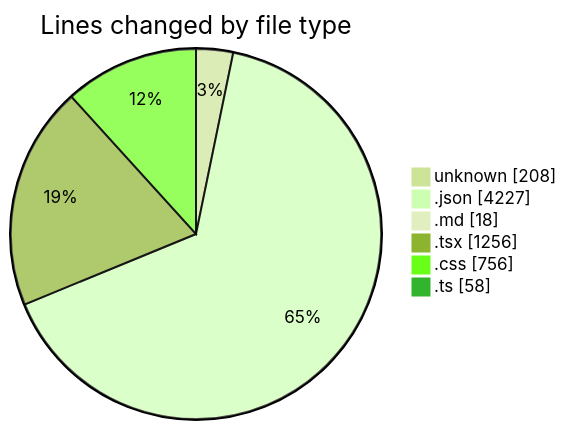
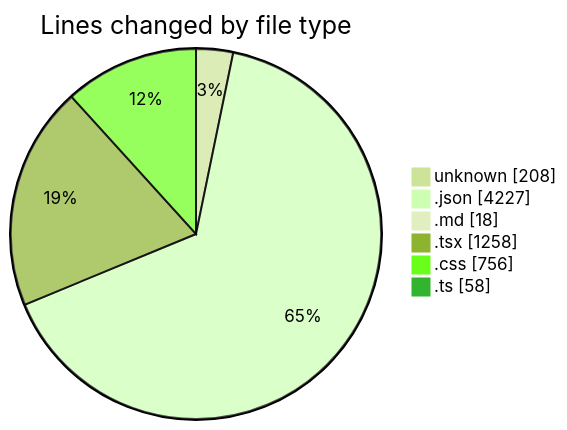
Before and after one commit to EIIisD/code-tracking: the first of 2 diagrams in 2025-08-07/ribbon/README.md, drawn with Mermaid (forest theme). The commit also changed other lines of this file and 1 other file, not shown here.

````diff
--- a/2025-08-07/ribbon/README.md
+++ b/2025-08-07/ribbon/README.md
@@ -36,10 +36,10 @@
 ```mermaid
 pie showData
 title Lines changed by file type
 "unknown" : 208
 ".json" : 4227
 ".md" : 18
-".tsx" : 1256
+".tsx" : 1258
 ".css" : 756
 ".ts" : 58
 ```
````
